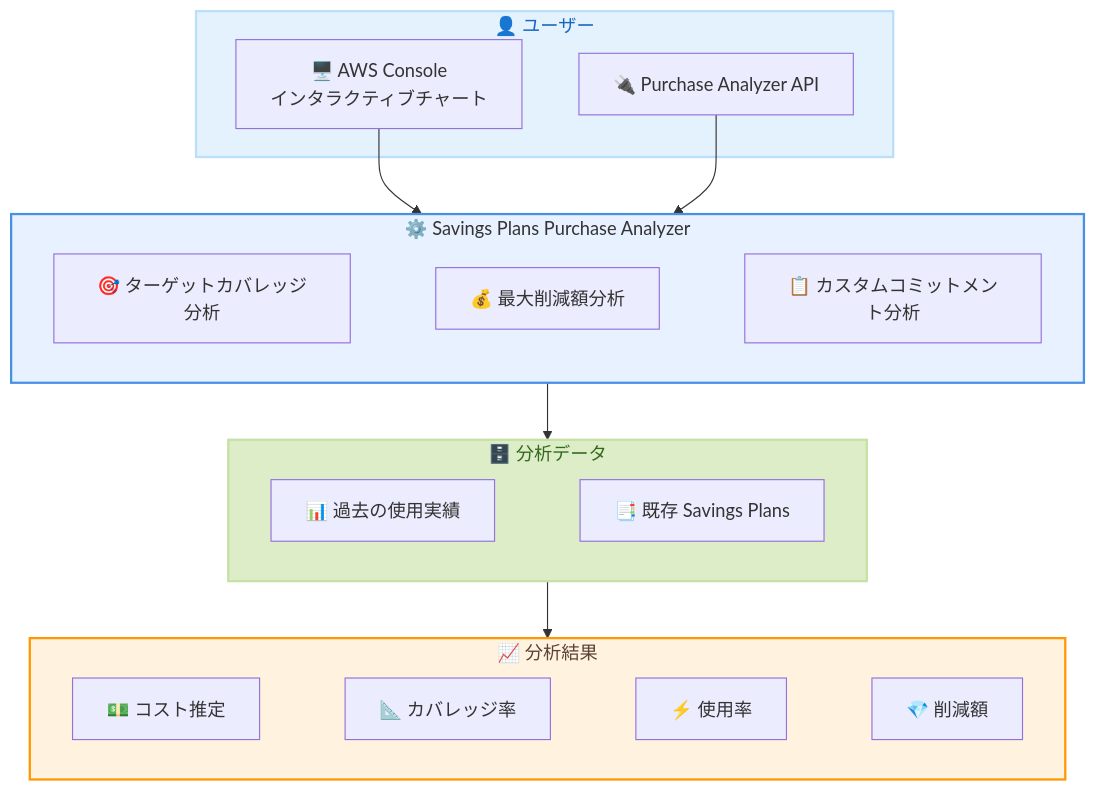
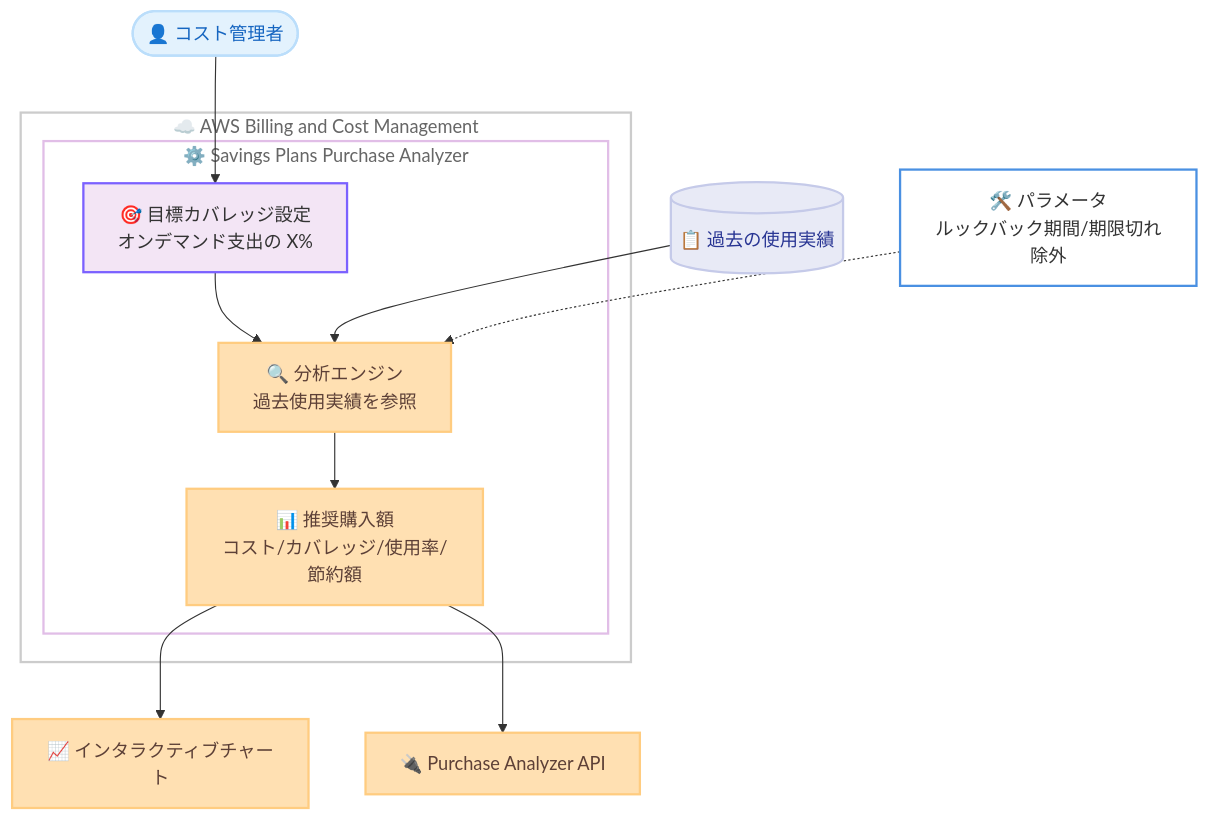
The diagram in reports/2026/2026-06-08-aws-savings-plans-coverage.md (takech9203/aws-news-summary), drawn with Mermaid before and after one commit. The commit also changed other lines of this file and 28 other files, not shown here.

````diff
--- a/reports/2026/2026-06-08-aws-savings-plans-coverage.md
+++ b/reports/2026/2026-06-08-aws-savings-plans-coverage.md
@@ -29,46 +32,34 @@
 ```mermaid
 flowchart TD
-    subgraph User["👤 ユーザー"]
-        Console["🖥️ AWS Console<br/>インタラクティブチャート"]
-        API["🔌 Purchase Analyzer API"]
+    subgraph Console["☁️ AWS Billing and Cost Management"]
+        subgraph Analyzer["⚙️ Savings Plans Purchase Analyzer"]
+            Target["🎯 目標カバレッジ設定<br/>オンデマンド支出の X%"]
+            Engine["🔍 分析エンジン<br/>過去使用実績を参照"]
+            Result["📊 推奨購入額<br/>コスト/カバレッジ/使用率/節約額"]
+        end
     end
 
-    subgraph Analyzer["⚙️ Savings Plans Purchase Analyzer"]
-        direction LR
-        Target["🎯 ターゲットカバレッジ分析"]
-        MaxSavings["💰 最大削減額分析"]
-        Custom["📋 カスタムコミットメント分析"]
-        Target ~~~ MaxSavings ~~~ Custom
-    end
+    User(["👤 コスト管理者"]) --> Target
+    Target --> Engine
+    History[("📋 過去の使用実績")] --> Engine
+    Params["🛠️ パラメータ<br/>ルックバック期間/期限切れ除外"] -.-> Engine
+    Engine --> Result
+    Result --> Chart["📈 インタラクティブチャート"]
+    Result --> API["🔌 Purchase Analyzer API"]
 
-    subgraph Data["🗄️ 分析データ"]
-        direction LR
-        History["📊 過去の使用実績"]
-        Existing["📑 既存 Savings Plans"]
-        History ~~~ Existing
-    end
+    classDef cloud fill:none,stroke:#CCCCCC,stroke-width:2px,color:#666666
+    classDef layer fill:none,stroke:#E1BEE7,stroke-width:2px,color:#666666
+    classDef compute fill:#FFE0B2,stroke:#FFCC80,stroke-width:2px,color:#5D4037
+    classDef database fill:#E8EAF6,stroke:#C5CAE9,stroke-width:2px,color:#283593
+    classDef user fill:#E3F2FD,stroke:#BBDEFB,stroke-width:2px,color:#1565C0
+    classDef process fill:#FFFFFF,stroke:#4A90E2,stroke-width:2px,color:#333333
+    classDef decision fill:#F3E5F5,stroke:#7B61FF,stroke-width:2px,color:#333333
 
-    subgraph Output["📈 分析結果"]
-        direction LR
-        Cost["💵 コスト推定"]
-        Coverage["📐 カバレッジ率"]
-        Utilization["⚡ 使用率"]
-        Savings["💎 削減額"]
-        Cost ~~~ Coverage ~~~ Utilization ~~~ Savings
-    end
-
-    Console --> Target
-    API --> Target
-    Target --> Data
-    Data --> Output
-
-    classDef user fill:#E3F2FD,stroke:#BBDEFB,stroke-width:2px,color:#1565C0
-    classDef analyzer fill:#E8F1FF,stroke:#4A90E2,stroke-width:2px,color:#333333
-    classDef data fill:#DCEDC8,stroke:#C5E1A5,stroke-width:2px,color:#33691E
-    classDef output fill:#FFF3E0,stroke:#FF9800,stroke-width:2px,color:#5D4037
-
+    class Console cloud
+    class Analyzer layer
+    class Target decision
+    class Engine,Result,Chart,API compute
+    class History database
+    class Params process
     class User user
-    class Analyzer analyzer
-    class Data data
-    class Output output
 ```
````
